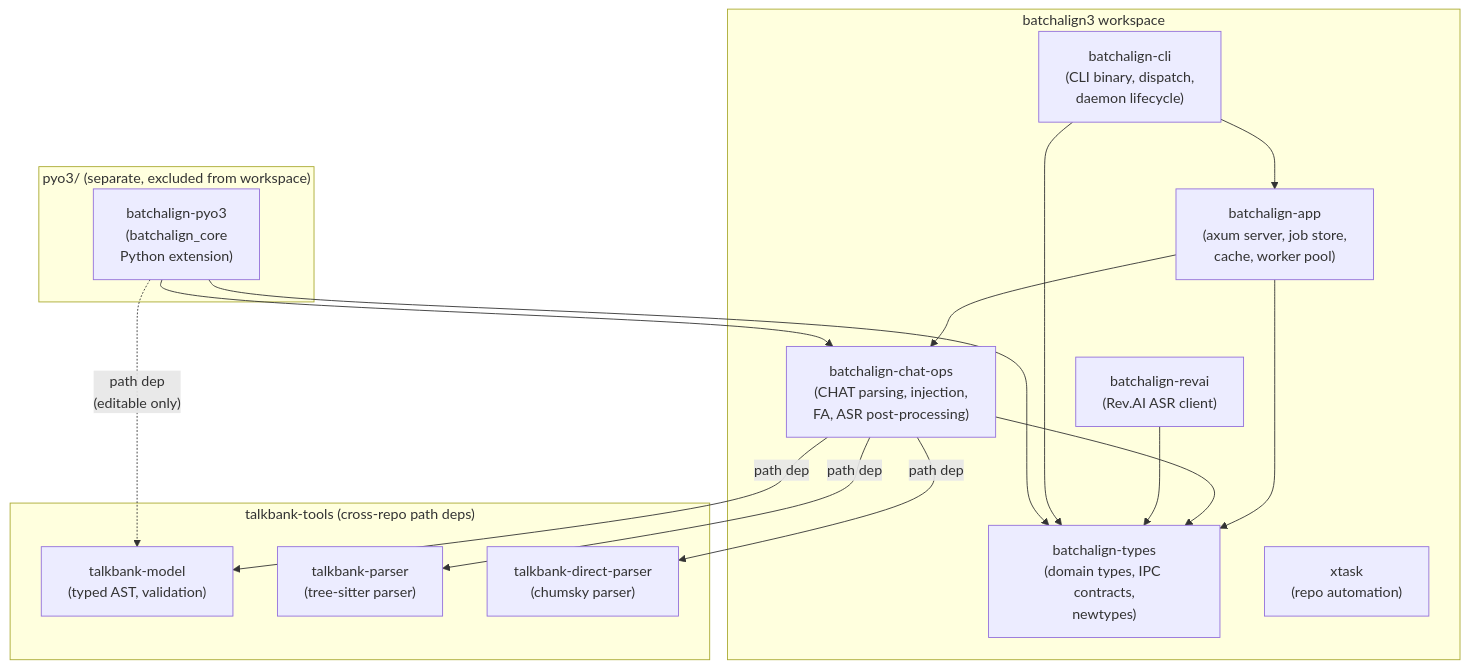
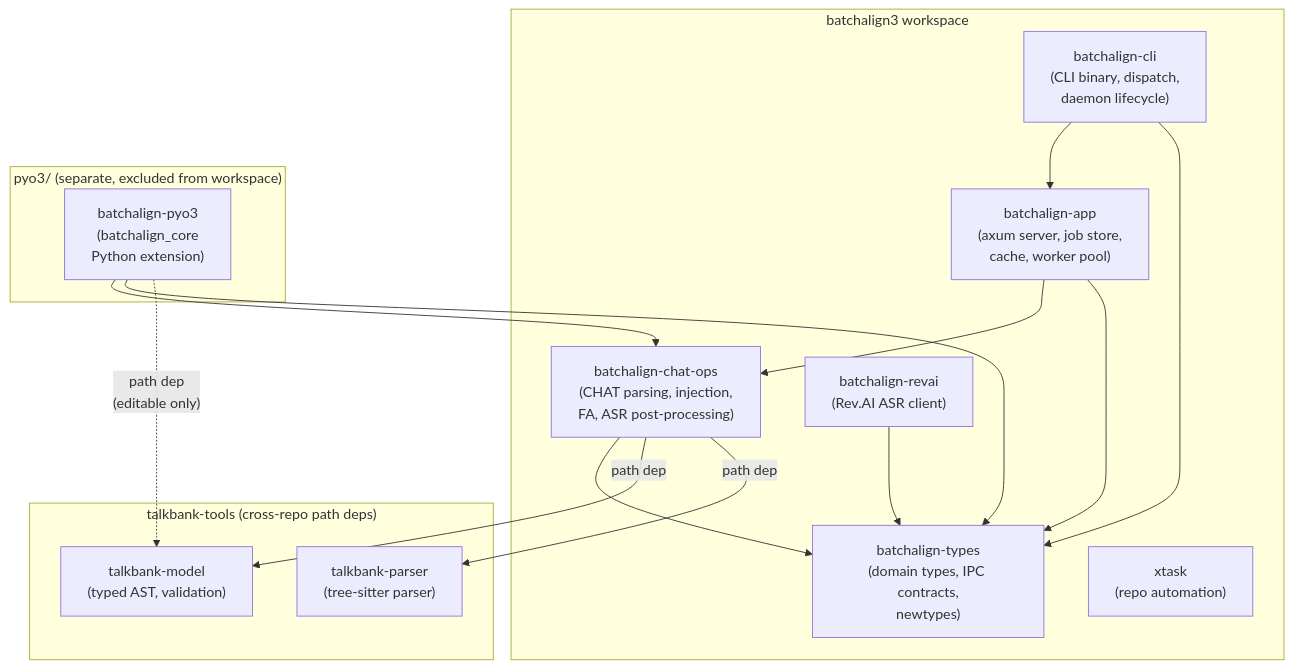
The diagram in book/src/developer/rust-workspace-map.md (TalkBank/batchalign3), drawn with Mermaid before and after one commit. The commit also changed 47 other files, not shown here.

First line of the commit message:
feat: explicit TreeSitterParser handle, talkbank-tools data model update

````diff
--- a/book/src/developer/rust-workspace-map.md
+++ b/book/src/developer/rust-workspace-map.md
@@ -10,34 +10,33 @@
 ```mermaid
 flowchart TD
     subgraph batchalign3["batchalign3 workspace"]
         cli["batchalign-cli\n(CLI binary, dispatch,\ndaemon lifecycle)"]
         app["batchalign-app\n(axum server, job store,\ncache, worker pool)"]
         chatops["batchalign-chat-ops\n(CHAT parsing, injection,\nFA, ASR post-processing)"]
         types["batchalign-types\n(domain types, IPC contracts,\nnewtypes)"]
         revai["batchalign-revai\n(Rev.AI ASR client)"]
         xtask["xtask\n(repo automation)"]
 
         cli --> app
         app --> chatops
         app --> types
         chatops --> types
         revai --> types
         cli --> types
     end
 
     subgraph pyo3_ws["pyo3/ (separate, excluded from workspace)"]
         pyo3["batchalign-pyo3\n(batchalign_core\nPython extension)"]
     end
 
     pyo3 --> chatops
     pyo3 --> types
 
     subgraph talkbank["talkbank-tools (cross-repo path deps)"]
         model["talkbank-model\n(typed AST, validation)"]
         parser["talkbank-parser\n(tree-sitter parser)"]
-        dp["talkbank-direct-parser\n(chumsky parser)"]
     end
 
-    chatops -->|"path dep"| model & parser & dp
+    chatops -->|"path dep"| model & parser
     pyo3 -.->|"path dep\n(editable only)"| model
 ```
````
